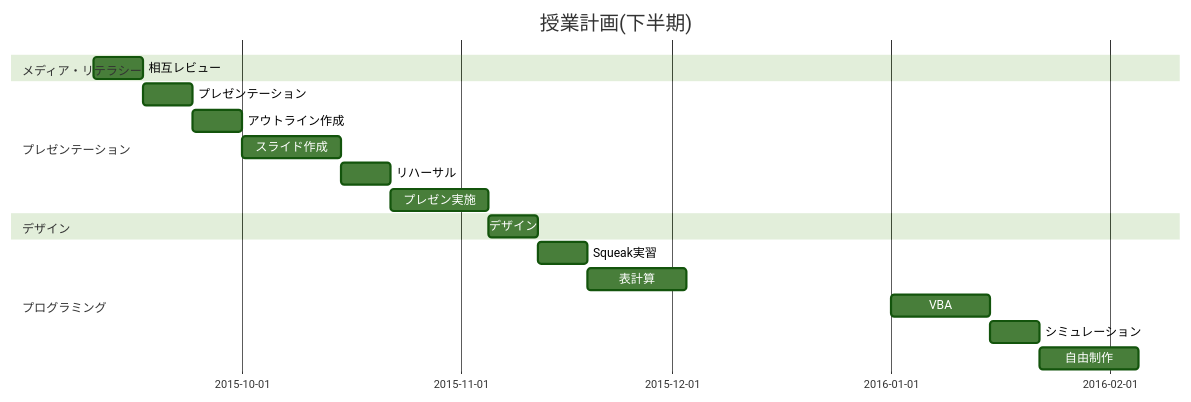
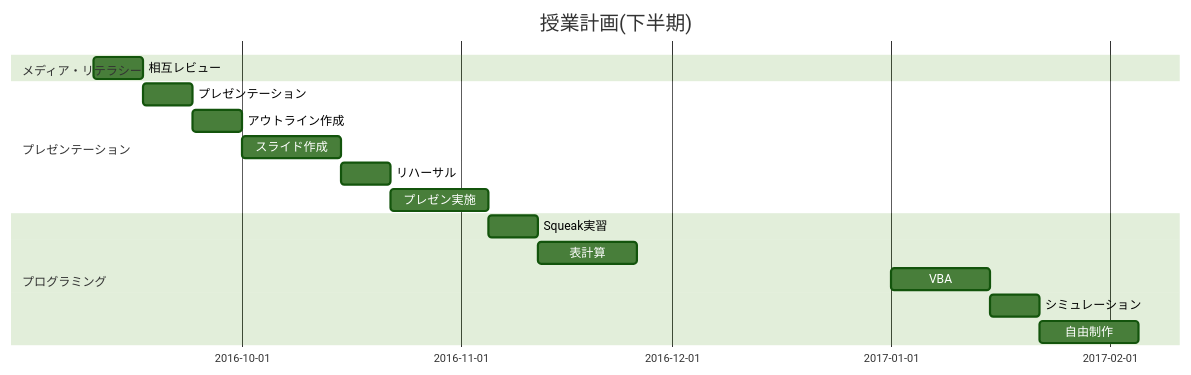
The second of 3 diagrams in README.md (saireya/plan-informatics), drawn with Mermaid (forest theme) before and after one commit. The commit also changed other lines of this file and 1 other file, not shown here.

````diff
--- a/README.md
+++ b/README.md
@@ -42,22 +44,20 @@
 ```mermaid
 gantt
 	title 授業計画(下半期)
 	dateFormat YYYY-MM-DD
 
 section メディア・リテラシー
-	相互レビュー		:m4, 2015-09-10, 1w
+	相互レビュー		:m4, 2016-09-10, 1w
 section プレゼンテーション
 	プレゼンテーション		:p1, after m4, 1w
 	アウトライン作成		:p2, after p1, 1w
 	スライド作成			:p3, after p2, 2w
 	リハーサル			:p4, after p3, 1w
 	プレゼン実施		:p5, after p4, 2w
-section デザイン
-	デザイン			:d1, after p5, 1w
 section プログラミング
-	Squeak実習		:c1, after d1, 1w
+	Squeak実習		:c1, after p5, 1w
 	表計算			:c2, after c1, 2w
-	VBA				:c3, 2016-01-01, 2w
+	VBA				:c3, 2017-01-01, 2w
 	シミュレーション		:c4, after c3, 1w
 	自由制作			:c5, after c4, 2w
 ```
````
